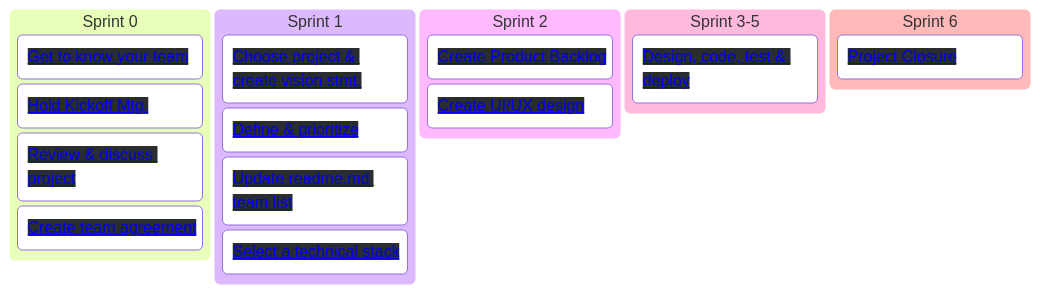
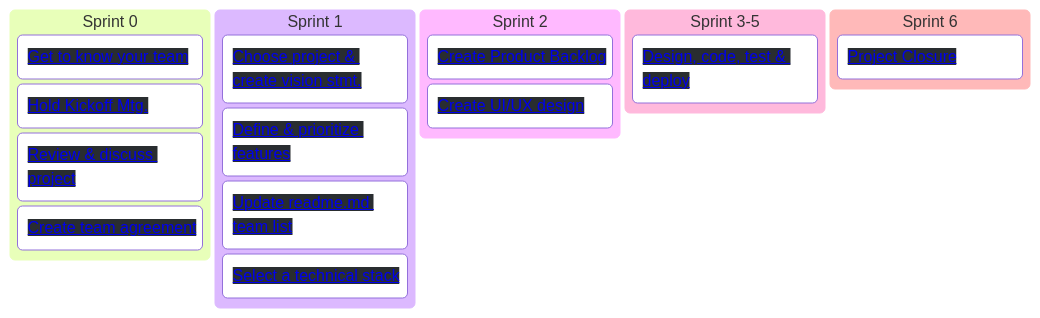
Before and after one commit to chingu-voyages/Handbook: the first of 2 diagrams in docs/guides/voyage/voyage.md, drawn with Mermaid.

````diff
--- a/docs/guides/voyage/voyage.md
+++ b/docs/guides/voyage/voyage.md
@@ -81,20 +81,20 @@
 ```mermaid
   kanban
     column1[Sprint 0]
       Get to know your team["<a style="background-color:#292d30" href="https://github.com/chingu-voyages/Handbook/blob/main/docs/guides/voyage/voyage.md#1-get-to-know-your-team-">Get to know your team</a>"]
       Hold your kickoff mtg.["<a style="background-color:#292d30" href="https://github.com/chingu-voyages/Handbook/blob/main/docs/guides/voyage/voyage.md#3-hold-a-kickoff-meeting-%E2%80%8D">Hold Kickoff Mtg.</a>"]
       Review & discuss project["<a style="background-color:#292d30" href="https://github.com/chingu-voyages/Handbook/blob/main/docs/guides/voyage/voyage.md#3-hold-a-kickoff-meeting-%E2%80%8D">Review & discuss project</a>"]
       Create team agreement["<a style="background-color:#292d30" href="https://github.com/chingu-voyages/Handbook/blob/main/docs/guides/voyage/voyage.md#4-Create-your-teams-working-agreements-">Create team agreement</a>"]
     column2[Sprint 1]
       Choose project & create vision stmt["<a style="background-color:#292d30" href="https://github.com/chingu-voyages/Handbook/blob/main/docs/guides/voyage/voyage.md#5-choose-a-project--create-a-vision-statement-">Choose project & create vision stmt.</a>"]
-      Define & prioritize features["<a style="background-color:#292d30" href="https://github.com/chingu-voyages/Handbook/blob/main/docs/guides/voyage/voyage.md#6-define--prioritize-mvp-features-">Define & prioritize</ features</a>"]
+      Define & prioritize features["<a style="background-color:#292d30" href="https://github.com/chingu-voyages/Handbook/blob/main/docs/guides/voyage/voyage.md#6-define--prioritize-mvp-features-">Define & prioritize features</a>"]
       Update team list in Readme["<a style="background-color:#292d30" href="https://github.com/chingu-voyages/Handbook/blob/main/docs/guides/voyage/voyage.md#7-add-your-info-to-the-team-list-in-your-readmemd-%EF%B8%8F">Update readme.md team list</a>"]
       Select technical stack["<a style="background-color:#292d30" href="https://github.com/chingu-voyages/Handbook/blob/main/docs/guides/voyage/voyage.md#8-select-a-technical-stack-%EF%B8%8F">Select a technical stack</a>"]
     column3[Sprint 2]
       Create Product Backlog["<a style="background-color:#292d30" href="https://github.com/chingu-voyages/Handbook/blob/main/docs/guides/voyage/voyage.md#9-setup-product-backlog-">Create Product Backlog</a>"]
       Create UI/UX design["<a style="background-color:#292d30" href="https://github.com/chingu-voyages/Handbook/blob/main/docs/guides/voyage/voyage.md#10-create-a-uiux-design-%EF%B8%8F">Create UI/UX design</a>"]
     column4[Sprint 3-5]
       Design, code, test & deploy["<a style="background-color:#292d30" href="https://github.com/chingu-voyages/Handbook/blob/main/docs/guides/voyage/voyage.md#11-sprint-3-5---reaching-your-mvp-">Design, code, test & deploy</a>"]
     column5[Sprint 6]
       Project Closure["<a style="background-color:#292d30" href="https://github.com/chingu-voyages/Handbook/blob/main/docs/guides/voyage/voyage.md#12-sprint-3-5---reaching-your-mvp-">Project Closure</a>"]
 ```
````
